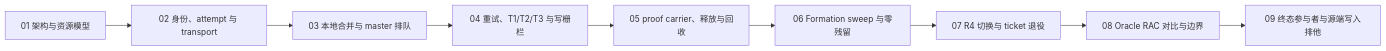
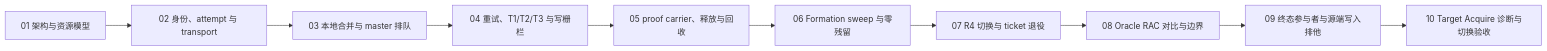
The first of 2 diagrams in docs/architecture/resource-x/README.md (sqlrush/linkdb), drawn with Mermaid before and after one commit. The commit also changed other lines of this file and 1 other file, not shown here.

Commit message:
docs(resource-x): add target acquire validation guide

````diff
--- a/docs/architecture/resource-x/README.md
+++ b/docs/architecture/resource-x/README.md
@@ -20,11 +20,12 @@
 ```mermaid
 flowchart LR
     A[01 架构与资源模型] --> B[02 身份、attempt 与 transport]
     B --> C[03 本地合并与 master 排队]
     C --> D[04 重试、T1/T2/T3 与写栅栏]
     D --> E[05 proof carrier、释放与回收]
     E --> F[06 Formation sweep 与零残留]
     F --> G[07 R4 切换与 ticket 退役]
     G --> H[08 Oracle RAC 对比与边界]
     H --> I[09 终态参与者与源端写入排他]
+    I --> J[10 Target Acquire 诊断与切换验收]
 ```
````
